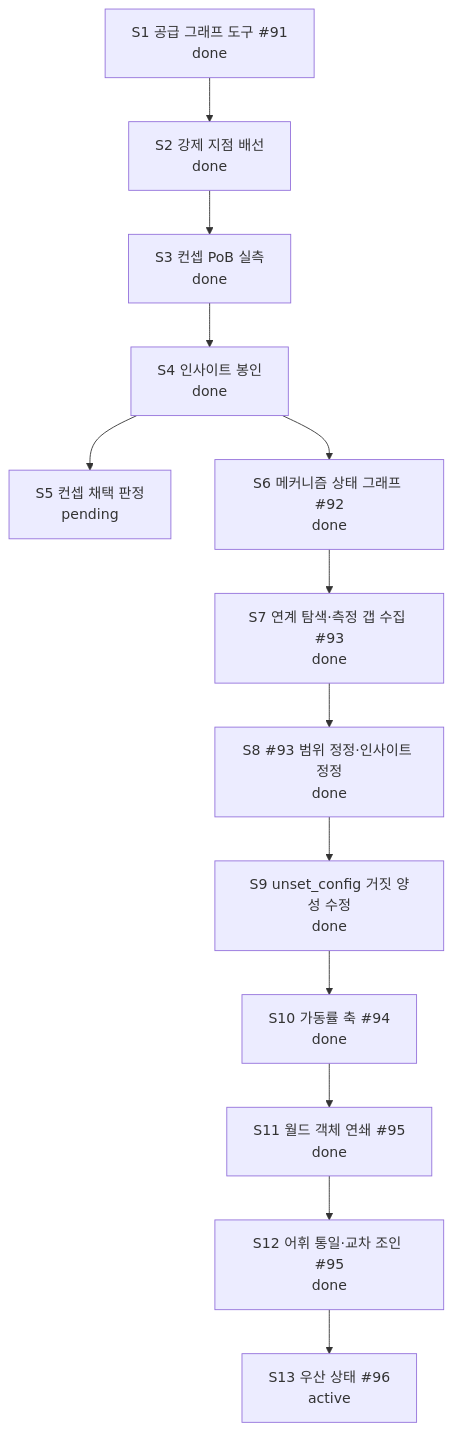
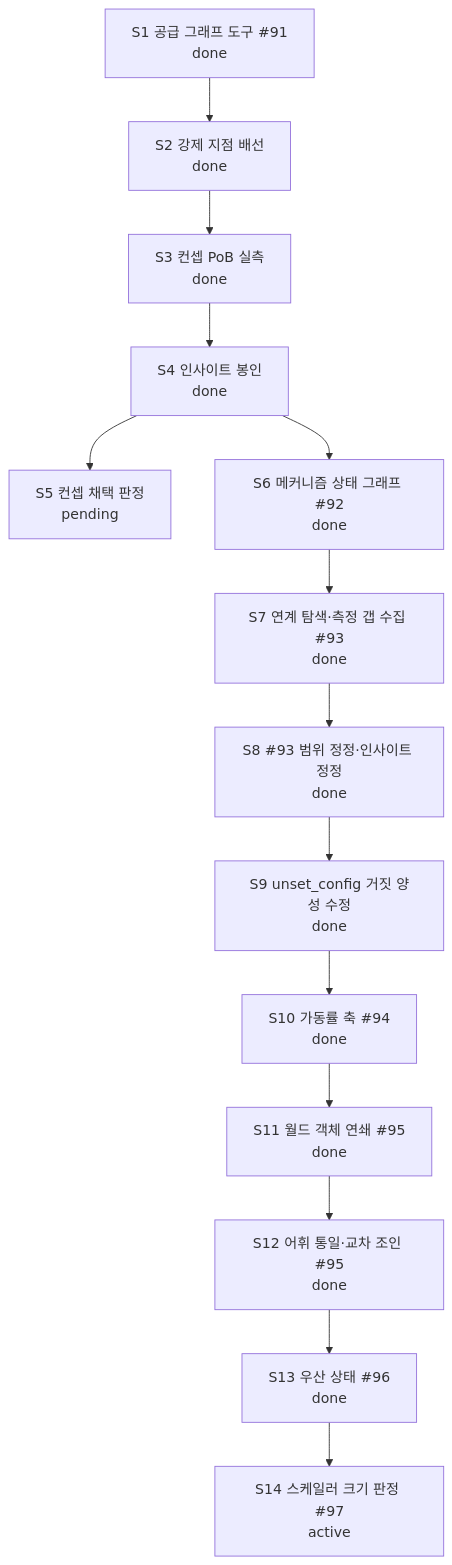
Before and after one commit to skerfolg/poe2-ai-wiki: the diagram in docs/CURRENT-PLAN.md, drawn with Mermaid. The commit also changed other lines of this file and 6 other files, not shown here.

````diff
--- a/docs/CURRENT-PLAN.md
+++ b/docs/CURRENT-PLAN.md
@@ -22,18 +22,19 @@
 ```mermaid
 flowchart TD
   TOOL["S1 공급 그래프 도구 #91<br/>done"]
   WIRE["S2 강제 지점 배선<br/>done"]
   MEASURE["S3 컨셉 PoB 실측<br/>done"]
   SEAL["S4 인사이트 봉인<br/>done"]
   VERDICT["S5 컨셉 채택 판정<br/>pending"]
   MECH["S6 메커니즘 상태 그래프 #92<br/>done"]
   GAPS["S7 연계 탐색·측정 갭 수집 #93<br/>done"]
   FIX["S8 #93 범위 정정·인사이트 정정<br/>done"]
   ROOT["S9 unset_config 거짓 양성 수정<br/>done"]
   UP["S10 가동률 축 #94<br/>done"]
   OBJ["S11 월드 객체 연쇄 #95<br/>done"]
   XW["S12 어휘 통일·교차 조인 #95<br/>done"]
-  UMB["S13 우산 상태 #96<br/>active"]
+  UMB["S13 우산 상태 #96<br/>done"]
+  SCAL["S14 스케일러 크기 판정 #97<br/>active"]
   TOOL --> WIRE --> MEASURE --> SEAL --> VERDICT
-  SEAL --> MECH --> GAPS --> FIX --> ROOT --> UP --> OBJ --> XW --> UMB
+  SEAL --> MECH --> GAPS --> FIX --> ROOT --> UP --> OBJ --> XW --> UMB --> SCAL
 ```
````
